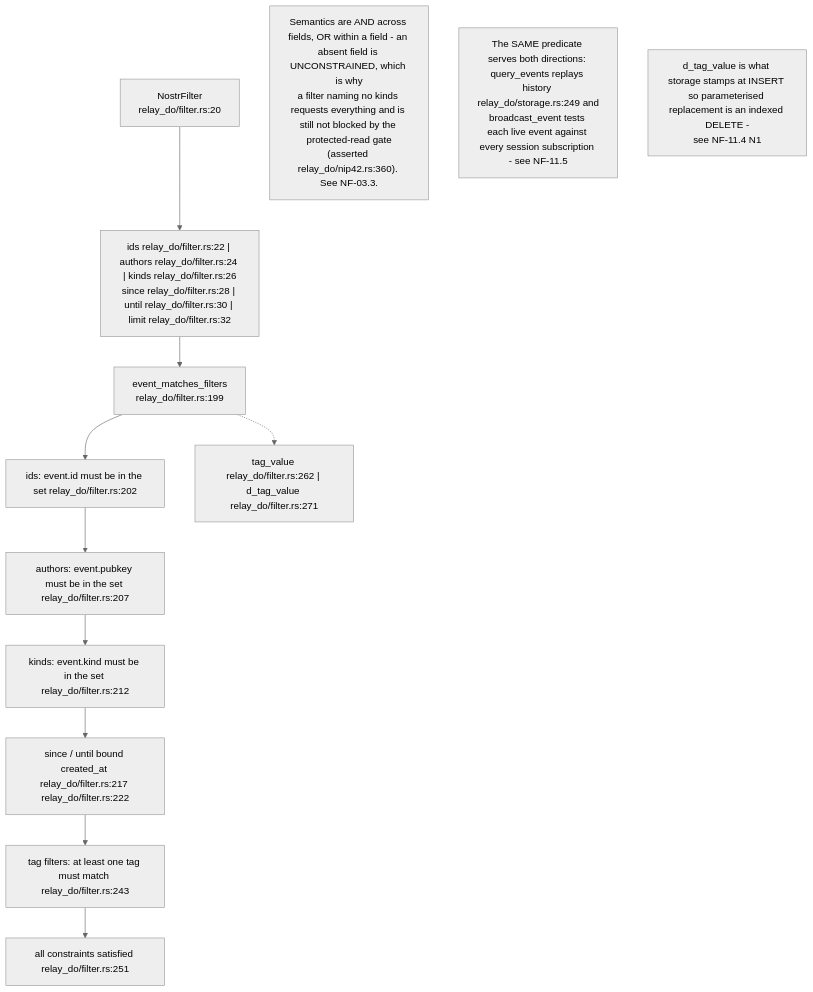
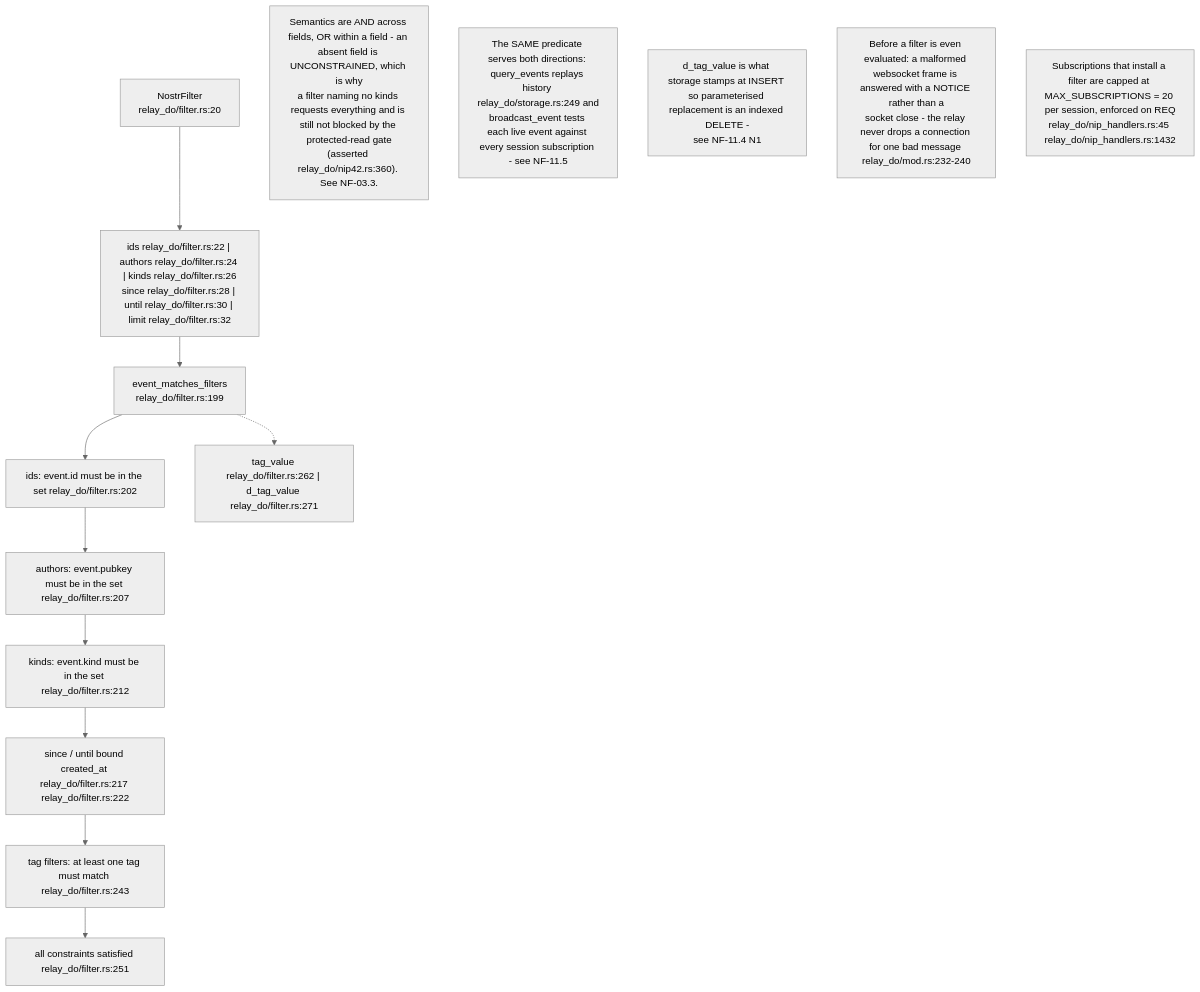
One commit to DreamLab-AI/VisionFlow changed the fifth of 16 diagrams in docs/diagrams/nostr-rust-forum/11-relay-durable-object-internals.md. Above: the diagram before and after it, drawn with Mermaid (neutral theme). The commit also changed other lines of this file and 136 other files, not shown here.

First line of the commit message:
docs(diagrams): refresh the whole corpus to code HEAD and prune low-value diagrams

````diff
--- a/docs/diagrams/nostr-rust-forum/11-relay-durable-object-internals.md
+++ b/docs/diagrams/nostr-rust-forum/11-relay-durable-object-internals.md
@@ -169,21 +156,23 @@
 ```mermaid
 flowchart TB
     F["NostrFilter<br/>relay_do/filter.rs:20"]
     FLDS["ids relay_do/filter.rs:22 | authors relay_do/filter.rs:24 | kinds relay_do/filter.rs:26<br/>since relay_do/filter.rs:28 | until relay_do/filter.rs:30 | limit relay_do/filter.rs:32"]
     M["event_matches_filters<br/>relay_do/filter.rs:199"]
     C1["ids: event.id must be in the set relay_do/filter.rs:202"]
     C2["authors: event.pubkey must be in the set relay_do/filter.rs:207"]
     C3["kinds: event.kind must be in the set relay_do/filter.rs:212"]
     C4["since / until bound created_at relay_do/filter.rs:217 relay_do/filter.rs:222"]
     C5["tag filters: at least one tag must match relay_do/filter.rs:243"]
     OK["all constraints satisfied relay_do/filter.rs:251"]
     HELP["tag_value relay_do/filter.rs:262 | d_tag_value relay_do/filter.rs:271"]
 
     F --> FLDS --> M
     M --> C1 --> C2 --> C3 --> C4 --> C5 --> OK
     M -.-> HELP
 
     N1["Semantics are AND across fields, OR within a field - an absent field is UNCONSTRAINED, which is why<br/>a filter naming no kinds requests everything and is still not blocked by the protected-read gate<br/>(asserted relay_do/nip42.rs:360). See NF-03.3."]
     N2["The SAME predicate serves both directions: query_events replays history relay_do/storage.rs:249 and<br/>broadcast_event tests each live event against every session subscription - see NF-11.5"]
     N3["d_tag_value is what storage stamps at INSERT so parameterised replacement is an indexed DELETE -<br/>see NF-11.4 N1"]
+    N4["Before a filter is even evaluated: a malformed websocket frame is answered with a NOTICE rather than a<br/>socket close - the relay never drops a connection for one bad message relay_do/mod.rs:232-240"]
+    N5["Subscriptions that install a filter are capped at MAX_SUBSCRIPTIONS = 20 per session, enforced on REQ<br/>relay_do/nip_handlers.rs:45 relay_do/nip_handlers.rs:1432"]
 ```
````
